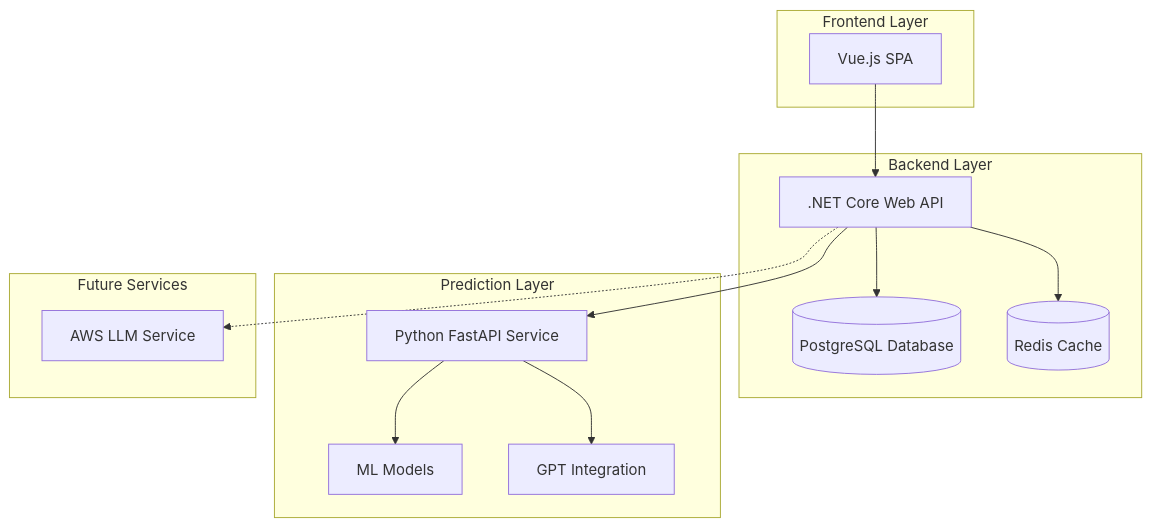
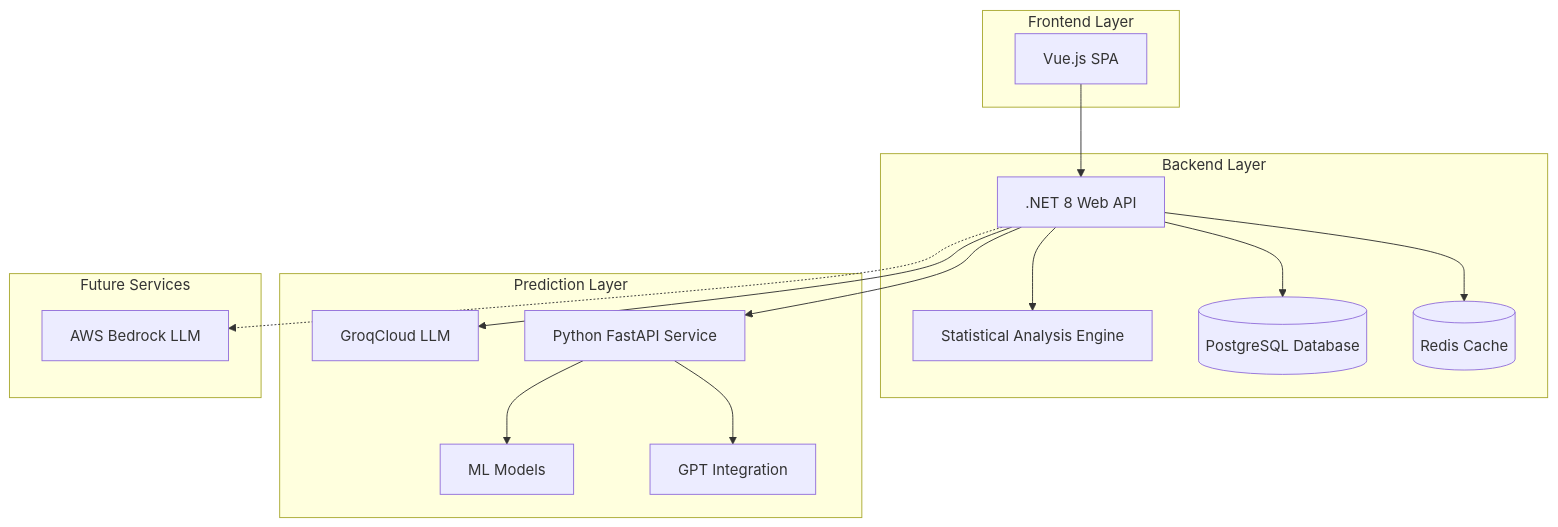
Before and after one commit to shiers/lotto-predictor: the diagram in README.md, drawn with Mermaid. The commit also changed other lines of this file, not shown here.

````diff
--- a/README.md
+++ b/README.md
@@ -15,30 +15,34 @@
 ```mermaid
 graph TB
     subgraph "Frontend Layer"
         VUE[Vue.js SPA]
     end
 
     subgraph "Backend Layer"
-        API[.NET Core Web API]
+        API[.NET 8 Web API]
+        STATS[Statistical Analysis Engine]
         DB[(PostgreSQL Database)]
         REDIS[(Redis Cache)]
     end
 
     subgraph "Prediction Layer"
+        GROQ[GroqCloud LLM]
         FASTAPI[Python FastAPI Service]
         ML[ML Models]
         GPT[GPT Integration]
     end
 
     subgraph "Future Services"
-        AWS[AWS LLM Service]
+        AWS[AWS Bedrock LLM]
     end
 
     VUE --> API
     API --> DB
     API --> REDIS
+    API --> STATS
+    API --> GROQ
     API --> FASTAPI
     API -.-> AWS
     FASTAPI --> ML
     FASTAPI --> GPT
 ```
````
